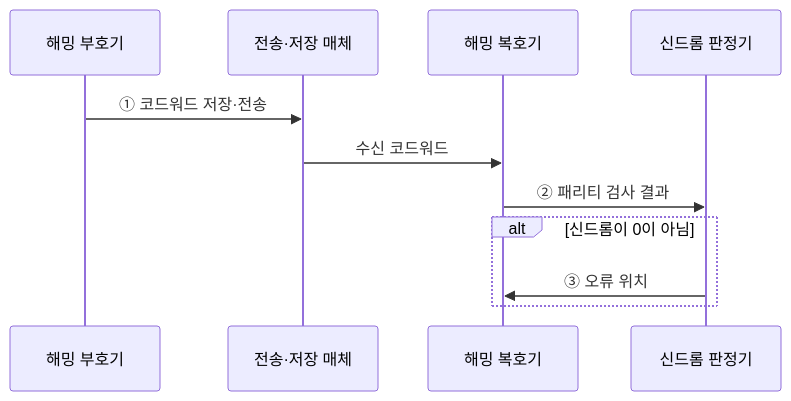
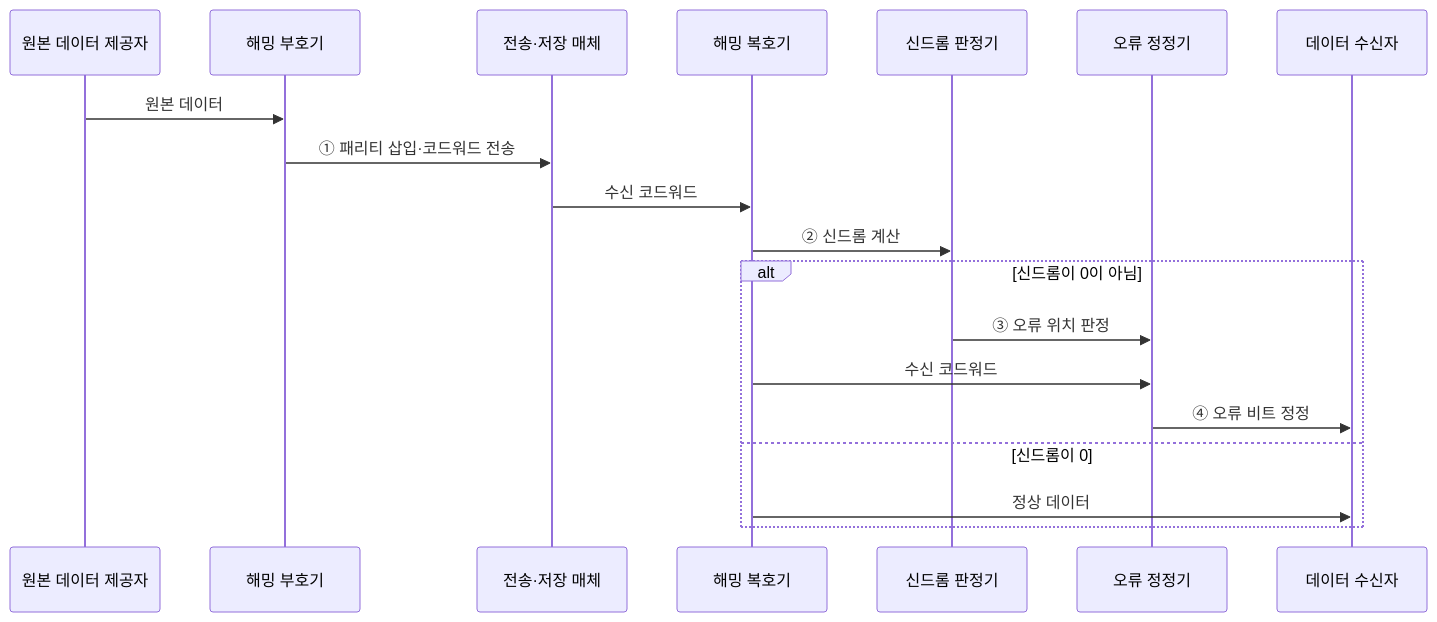
Before and after one commit to agnusdei1207/knowledge-base: the third of 3 diagrams in src/content/docs/notes/01-basic-theory/028_hamming_code.md, drawn with Mermaid. The commit also changed other lines of this file and 20 other files, not shown here.

````diff
--- a/src/content/docs/notes/01-basic-theory/028_hamming_code.md
+++ b/src/content/docs/notes/01-basic-theory/028_hamming_code.md
@@ -91,13 +96,21 @@
 ```mermaid
 sequenceDiagram
+    participant I as 원본 데이터 제공자
     participant E as 해밍 부호기
     participant M as 전송·저장 매체
     participant D as 해밍 복호기
     participant S as 신드롬 판정기
-    E->>M: ① 코드워드 저장·전송
+    participant C as 오류 정정기
+    participant O as 데이터 수신자
+    I->>E: 원본 데이터
+    E->>M: ① 패리티 삽입·코드워드 전송
     M->>D: 수신 코드워드
-    D->>S: ② 패리티 검사 결과
+    D->>S: ② 신드롬 계산
     alt 신드롬이 0이 아님
-        S->>D: ③ 오류 위치
+        S->>C: ③ 오류 위치 판정
+        D->>C: 수신 코드워드
+        C->>O: ④ 오류 비트 정정
+    else 신드롬이 0
+        D->>O: 정상 데이터
     end
 ```
````
